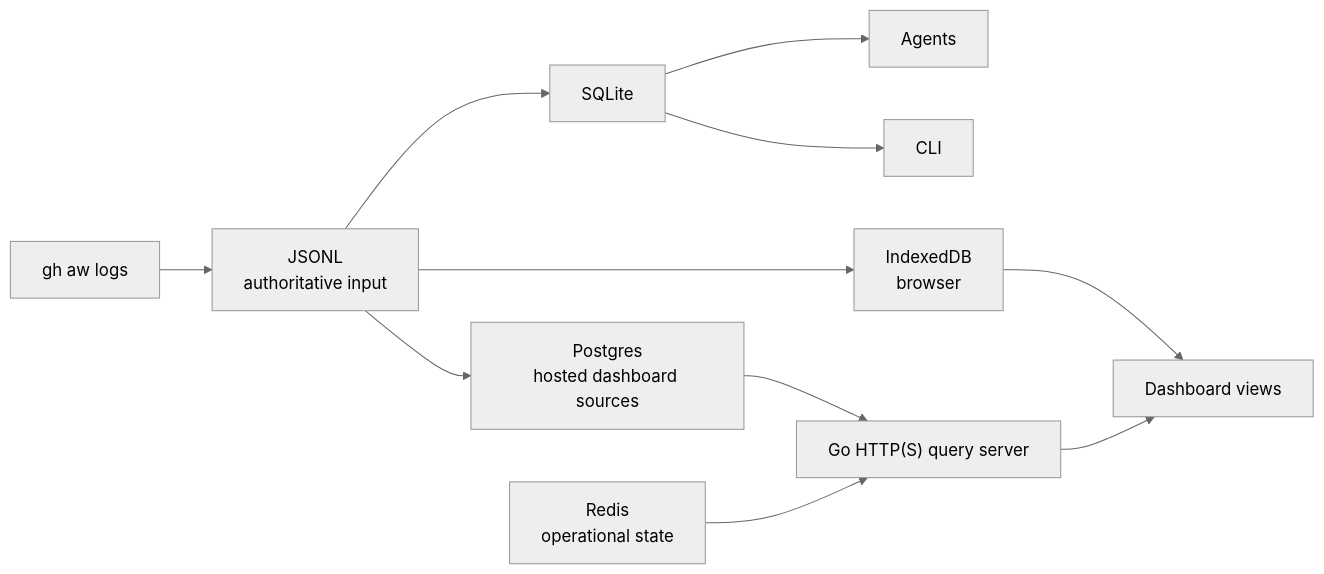
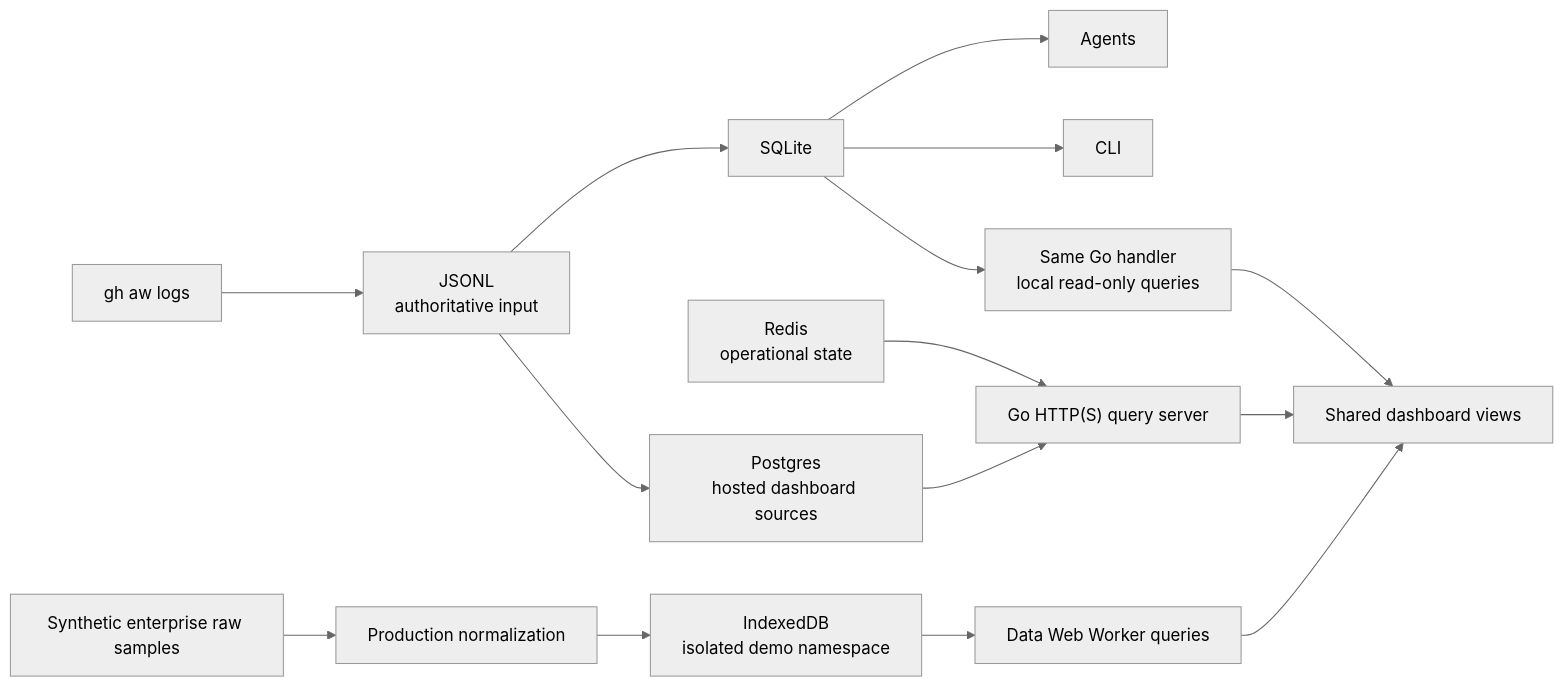
Before and after one commit to githubnext/gh-cao: the first of 2 diagrams in specs/dashboard-data.md, drawn with Mermaid (neutral theme). The commit also changed other lines of this file and 145 other files, not shown here.

First line of the commit message:
Separate operational dashboard data from the synthetic Pages demo

````diff
--- a/specs/dashboard-data.md
+++ b/specs/dashboard-data.md
@@ -547,13 +597,15 @@
 ```mermaid
 flowchart LR
   logs["gh aw logs"] --> source["JSONL<br/>authoritative input"]
   source --> sqlite["SQLite"]
   sqlite --> agents["Agents"]
   sqlite --> cli["CLI"]
-  source --> indexeddb["IndexedDB<br/>browser"]
-  indexeddb --> views["Dashboard views"]
+  samples["Synthetic enterprise raw samples"] --> normalize["Production normalization"]
+  normalize --> indexeddb["IndexedDB<br/>isolated demo namespace"]
+  indexeddb --> worker["Data Web Worker queries"] --> views["Shared dashboard views"]
   source --> postgres["Postgres<br/>hosted dashboard sources"]
   postgres --> go["Go HTTP(S) query server"]
   redis["Redis<br/>operational state"] --> go
   go --> views
+  sqlite --> local["Same Go handler<br/>local read-only queries"] --> views
 ```
````
